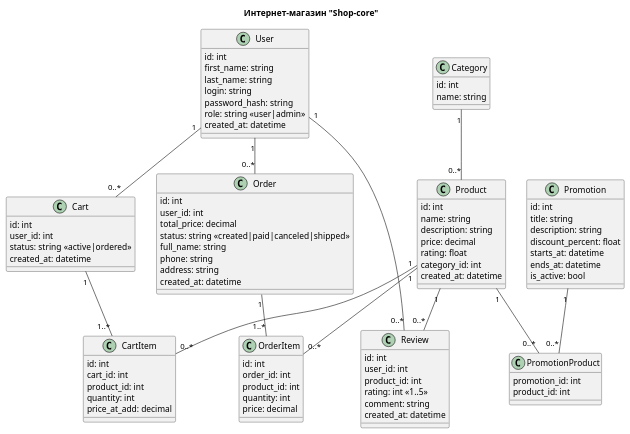
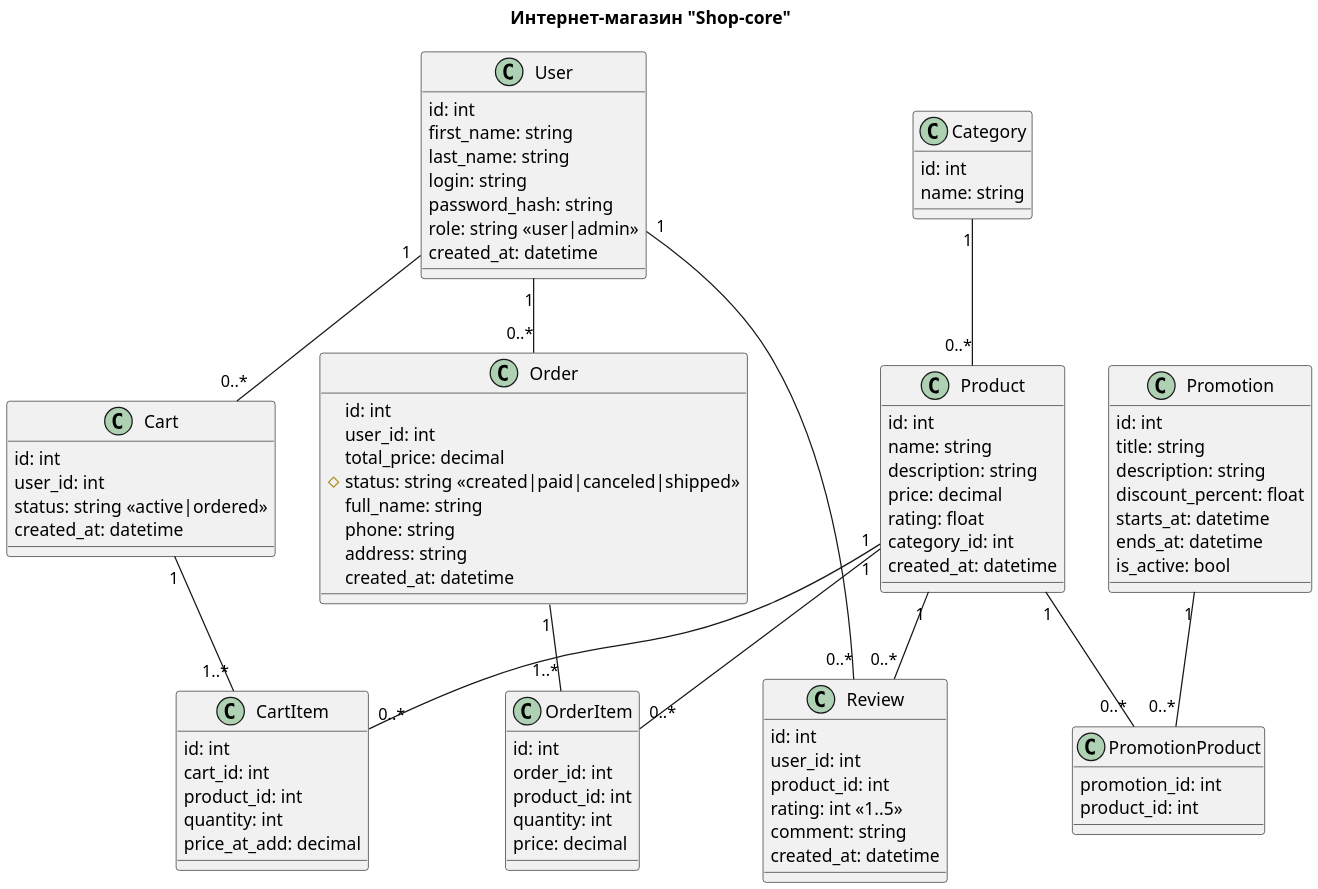
The diagram in docs/er-model.puml (dmitrymas0310/shop_core), drawn with PlantUML before and after one commit. The commit also changed 9 other files, not shown here.

```diff
--- a/docs/er-model.puml
+++ b/docs/er-model.puml
@@ -1,103 +1,109 @@
-@startuml
+@startuml er-model
+skinparam defaultFontName Arial
+skinparam dpi 200
+skinparam classFontSize 14
+scale max 2000 width
+
+
 title Интернет-магазин "Shop-core"
 
 class User {
     id: int
     first_name: string
     last_name: string
     login: string
     password_hash: string
     role: string <<user|admin>>
     created_at: datetime
 }
 
 class Category {
     id: int
     name: string
 }
 
 class Product {
     id: int
     name: string
     description: string
     price: decimal
     rating: float
     category_id: int
     created_at: datetime
 }
 
 class Cart {
     id: int
     user_id: int
     status: string <<active|ordered>>
     created_at: datetime
 }
 
 class CartItem {
     id: int
     cart_id: int
     product_id: int
     quantity: int
     price_at_add: decimal
 }
 
 class Order {
     id: int
     user_id: int
     total_price: decimal
-    status: string <<created|paid|canceled|shipped>>
+    #status: string <<created|paid|canceled|shipped>>
     full_name: string
     phone: string
     address: string
     created_at: datetime
 }
 
 class OrderItem {
     id: int
     order_id: int
     product_id: int
     quantity: int
     price: decimal
 }
 
 class Review {
     id: int
     user_id: int
     product_id: int
     rating: int <<1..5>>
     comment: string
     created_at: datetime
 }
 
 class Promotion {
     id: int
     title: string
     description: string
     discount_percent: float
     starts_at: datetime
     ends_at: datetime
     is_active: bool
 }
 
 class PromotionProduct {
     promotion_id: int
     product_id: int
 }
 
 User "1" -- "0..*" Cart
 User "1" -- "0..*" Order
 User "1" -- "0..*" Review
 
 Category "1" -- "0..*" Product
 
 Product "1" -- "0..*" Review
 Product "1" -- "0..*" CartItem
 Product "1" -- "0..*" OrderItem
 Product "1" -- "0..*" PromotionProduct
 
 Cart "1" -- "1..*" CartItem
 Order "1" -- "1..*" OrderItem
 
 Promotion "1" -- "0..*" PromotionProduct
 
 @enduml
```
